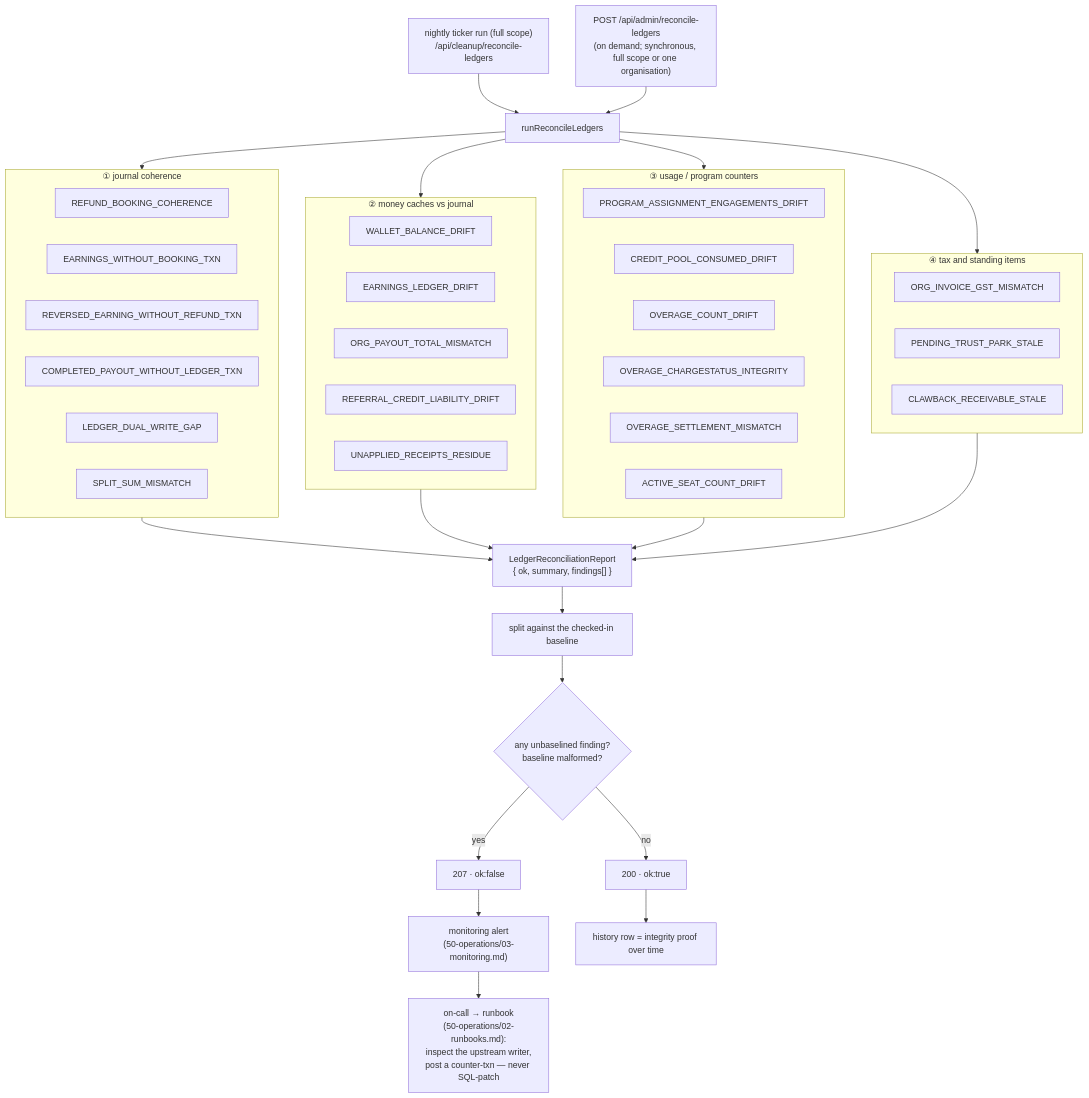
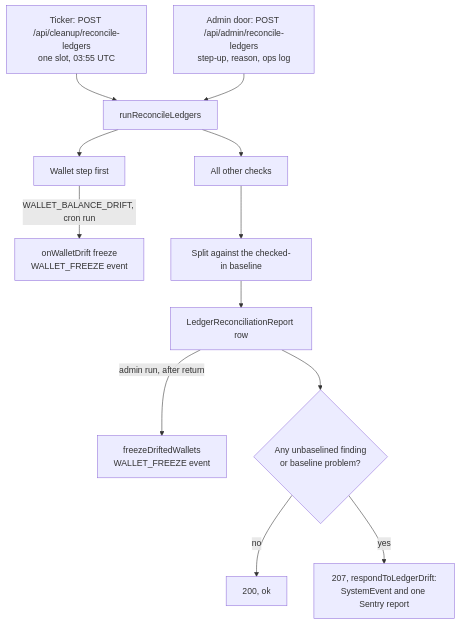
The diagram in docs/finance/20-ledger/06-integrity-and-reconciliation.md (Practitionist/familiarise_web), drawn with Mermaid before and after one commit. The commit also changed other lines of this file and 12 other files, not shown here.

First line of the commit message:
docs(finance): rewrite payouts, settlement, integrity and tax sections (package B) (#2328)

````diff
--- a/docs/finance/20-ledger/06-integrity-and-reconciliation.md
+++ b/docs/finance/20-ledger/06-integrity-and-reconciliation.md
@@ -67,45 +61,14 @@
 ```mermaid
 flowchart TD
-  CRON["nightly ticker run (full scope)<br/>/api/cleanup/reconcile-ledgers"] --> RUN["runReconcileLedgers"]
-  ADMIN["POST /api/admin/reconcile-ledgers<br/>(on demand; synchronous, full scope or one organisation)"] --> RUN
-  RUN --> G1
-  RUN --> G2
-  RUN --> G3
-  RUN --> G4
-  subgraph G1["① journal coherence"]
-    RBC["REFUND_BOOKING_COHERENCE"]
-    EWB["EARNINGS_WITHOUT_BOOKING_TXN"]
-    REF["REVERSED_EARNING_WITHOUT_REFUND_TXN"]
-    CPW["COMPLETED_PAYOUT_WITHOUT_LEDGER_TXN"]
-    DWG["LEDGER_DUAL_WRITE_GAP"]
-    SSM["SPLIT_SUM_MISMATCH"]
-  end
-  subgraph G2["② money caches vs journal"]
-    WBD["WALLET_BALANCE_DRIFT"]
-    ELD["EARNINGS_LEDGER_DRIFT"]
-    OPT["ORG_PAYOUT_TOTAL_MISMATCH"]
-    RCL["REFERRAL_CREDIT_LIABILITY_DRIFT"]
-    URR["UNAPPLIED_RECEIPTS_RESIDUE"]
-  end
-  subgraph G3["③ usage / program counters"]
-    PAE["PROGRAM_ASSIGNMENT_ENGAGEMENTS_DRIFT"]
-    CPC["CREDIT_POOL_CONSUMED_DRIFT"]
-    OCD["OVERAGE_COUNT_DRIFT"]
-    OCI["OVERAGE_CHARGESTATUS_INTEGRITY"]
-    OSM["OVERAGE_SETTLEMENT_MISMATCH"]
-    ASC["ACTIVE_SEAT_COUNT_DRIFT"]
-  end
-  subgraph G4["④ tax and standing items"]
-    IGM["ORG_INVOICE_GST_MISMATCH"]
-    PTS["PENDING_TRUST_PARK_STALE"]
-    CRS["CLAWBACK_RECEIVABLE_STALE"]
-  end
-  G1 & G2 & G3 & G4 --> RPT["LedgerReconciliationReport<br/>{ ok, summary, findings[] }"]
-  RPT --> BL["split against the checked-in baseline"]
-  BL --> OK{"any unbaselined finding?<br/>baseline malformed?"}
-  OK -- no --> CLEAN["200 · ok:true"]
-  OK -- yes --> PAGE["207 · ok:false"]
-  PAGE --> MON["monitoring alert<br/>(50-operations/03-monitoring.md)"]
-  MON --> ONCALL["on-call → runbook<br/>(50-operations/02-runbooks.md):<br/>inspect the upstream writer,<br/>post a counter-txn — never SQL-patch"]
-  CLEAN --> AUDIT["history row = integrity proof over time"]
+  CRON["Ticker: POST /api/cleanup/reconcile-ledgers<br/>one slot, 03:55 UTC"] --> RUN["runReconcileLedgers"]
+  ADMIN["Admin door: POST /api/admin/reconcile-ledgers<br/>step-up, reason, ops log"] --> RUN
+  RUN --> W["Wallet step first"]
+  W -->|"WALLET_BALANCE_DRIFT, cron run"| FRZ["onWalletDrift freeze<br/>WALLET_FREEZE event"]
+  REP -->|"admin run, after return"| AFRZ["freezeDriftedWallets<br/>WALLET_FREEZE event"]
+  RUN --> REST["All other checks"]
+  REST --> BL["Split against the checked-in baseline"]
+  BL --> REP["LedgerReconciliationReport row"]
+  REP --> OK{"Any unbaselined finding<br/>or baseline problem?"}
+  OK -- no --> G["200, ok"]
+  OK -- yes --> P["207, respondToLedgerDrift:<br/>SystemEvent and one Sentry report"]
 ```
````
